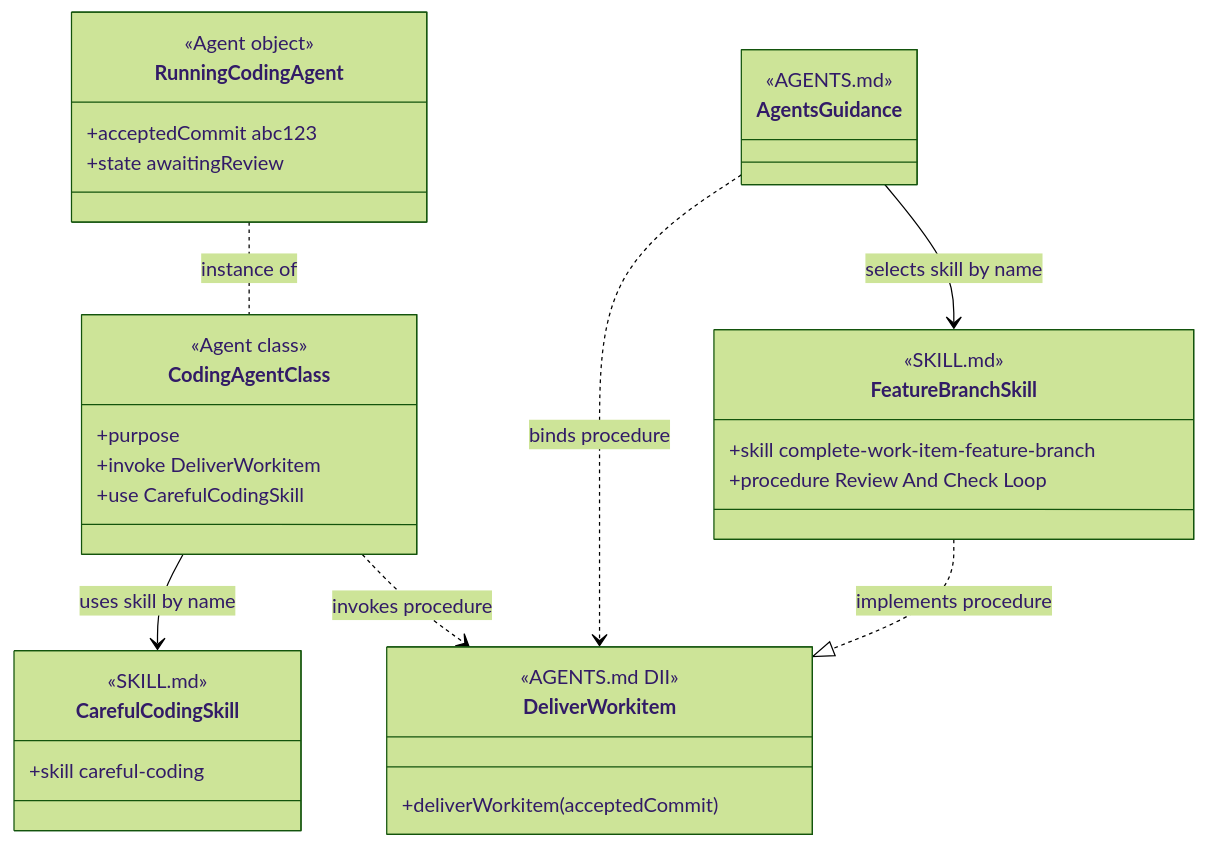
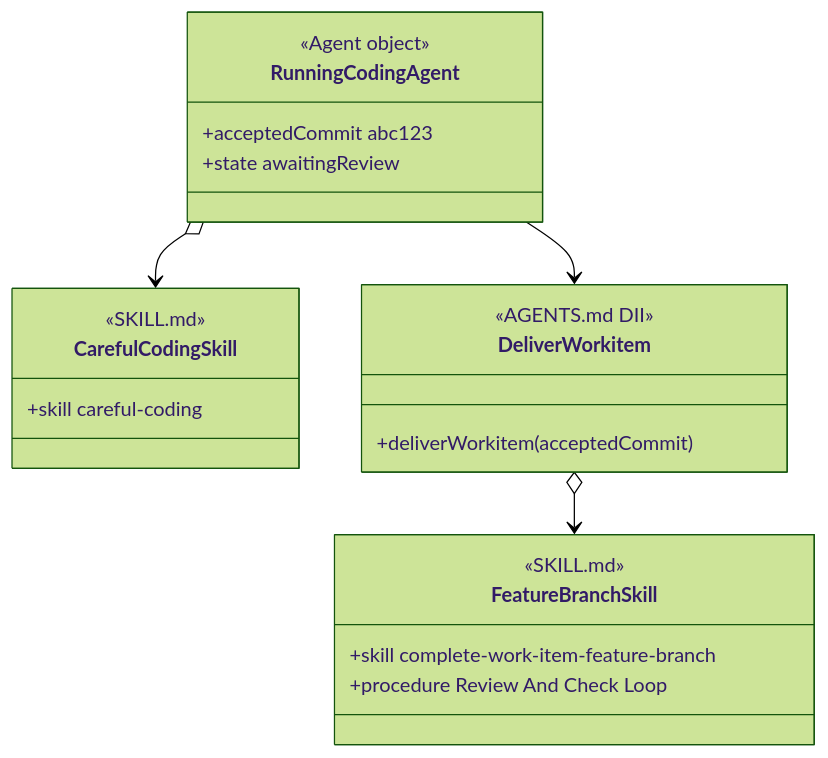
Before and after one commit to martinbechard/dev-methodology: the tenth of 11 diagrams in design/object-oriented-agent-and-skill-model.md, drawn with Mermaid (forest theme). The commit also changed other lines of this file and 2 other files, not shown here.

Commit message:
Simplify diagram reference conventions

````diff
--- a/design/object-oriented-agent-and-skill-model.md
+++ b/design/object-oriented-agent-and-skill-model.md
@@ -590,46 +507,32 @@
 ```mermaid
 classDiagram
     direction TB
-
-    class CodingAgentClass {
-        <<Agent class>>
-        +purpose
-        +invoke DeliverWorkitem
-        +use CarefulCodingSkill
-    }
 
     class RunningCodingAgent {
         <<Agent object>>
         +acceptedCommit abc123
         +state awaitingReview
     }
 
     class CarefulCodingSkill {
         <<SKILL.md>>
         <<Agent Skill>>
         +skill careful-coding
     }
 
     class DeliverWorkitem {
         <<AGENTS.md DII>>
         +deliverWorkitem(acceptedCommit)
     }
 
-    class AgentsGuidance {
-        <<AGENTS.md>>
-    }
-
     class FeatureBranchSkill {
         <<SKILL.md>>
         <<Injectable Skill>>
         +skill complete-work-item-feature-branch
         +procedure Review And Check Loop
     }
 
-    RunningCodingAgent .. CodingAgentClass : instance of
-    CodingAgentClass --> CarefulCodingSkill : uses skill by name
-    CodingAgentClass ..> DeliverWorkitem : invokes procedure
-    AgentsGuidance ..> DeliverWorkitem : binds procedure
-    AgentsGuidance --> FeatureBranchSkill : selects skill by name
-    FeatureBranchSkill ..|> DeliverWorkitem : implements procedure
+    RunningCodingAgent o--> CarefulCodingSkill
+    RunningCodingAgent --> DeliverWorkitem
+    DeliverWorkitem o--> FeatureBranchSkill
 ```
````
